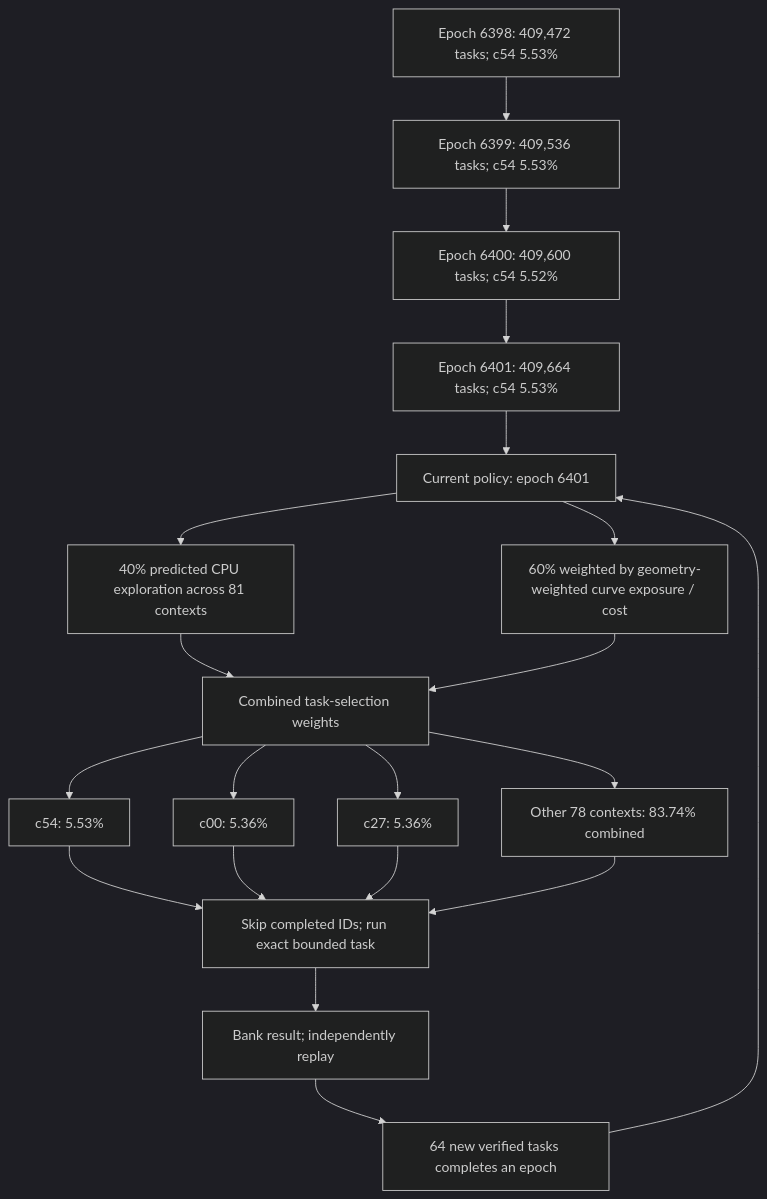
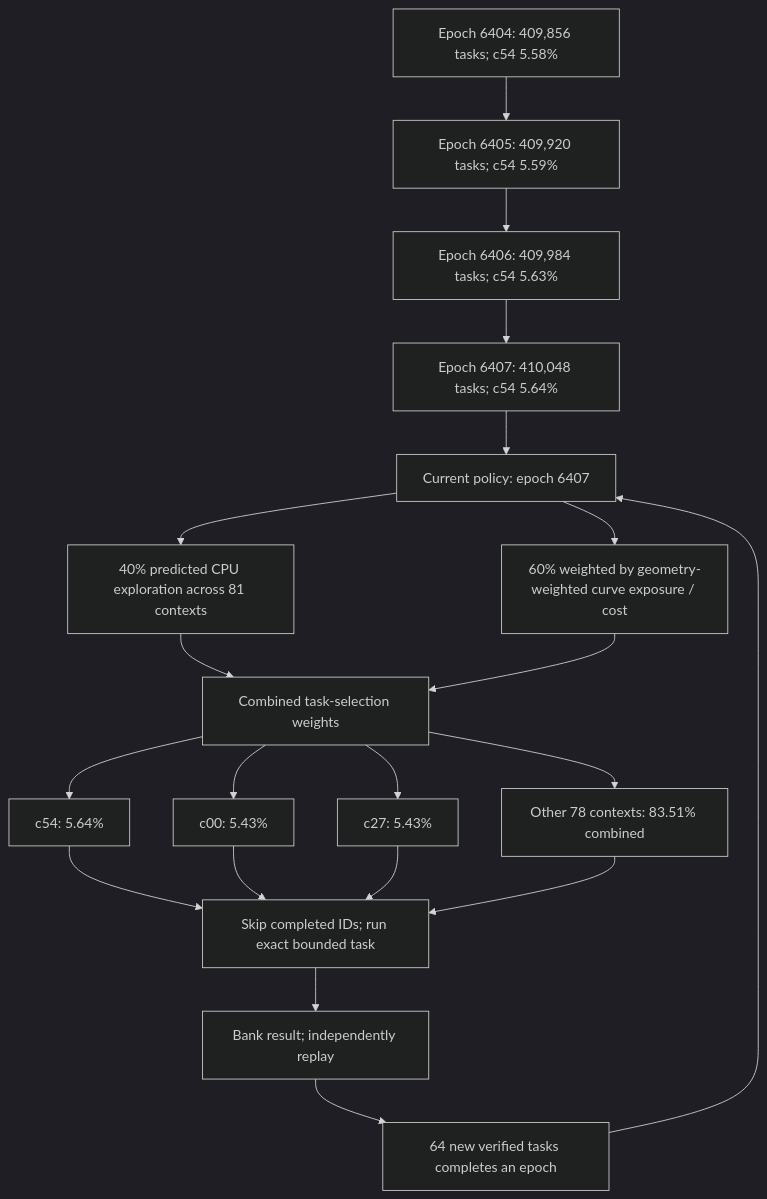
The first of 4 diagrams in README.md (Kuberwastaken/math-gambling), drawn with Mermaid (dark theme) before and after one commit. The commit also changed other lines of this file and 1426 other files, not shown here.

````diff
--- a/README.md
+++ b/README.md
@@ -60,27 +60,27 @@
 ```mermaid
 flowchart TD
-    H0["Epoch 6398: 409,472 tasks; c54 5.53%"]
-    H1["Epoch 6399: 409,536 tasks; c54 5.53%"]
+    H0["Epoch 6404: 409,856 tasks; c54 5.58%"]
+    H1["Epoch 6405: 409,920 tasks; c54 5.59%"]
     H0 --> H1
-    H2["Epoch 6400: 409,600 tasks; c54 5.52%"]
+    H2["Epoch 6406: 409,984 tasks; c54 5.63%"]
     H1 --> H2
-    H3["Epoch 6401: 409,664 tasks; c54 5.53%"]
+    H3["Epoch 6407: 410,048 tasks; c54 5.64%"]
     H2 --> H3
-    Policy["Current policy: epoch 6401"]
+    Policy["Current policy: epoch 6407"]
     H3 --> Policy
     Policy --> Explore["40% predicted CPU exploration across 81 contexts"]
     Policy --> Cost["60% weighted by geometry-weighted curve exposure / cost"]
     Explore --> Mix["Combined task-selection weights"]
     Cost --> Mix
-    Mix --> C0["c54: 5.53%"]
-    Mix --> C1["c00: 5.36%"]
-    Mix --> C2["c27: 5.36%"]
-    Mix --> Rest["Other 78 contexts: 83.74% combined"]
+    Mix --> C0["c54: 5.64%"]
+    Mix --> C1["c00: 5.43%"]
+    Mix --> C2["c27: 5.43%"]
+    Mix --> Rest["Other 78 contexts: 83.51% combined"]
     C0 --> Check["Skip completed IDs; run exact bounded task"]
     C1 --> Check
     C2 --> Check
     Rest --> Check
     Check --> Replay["Bank result; independently replay"]
     Replay --> Gate["64 new verified tasks completes an epoch"]
     Gate --> Policy
 ```
````
